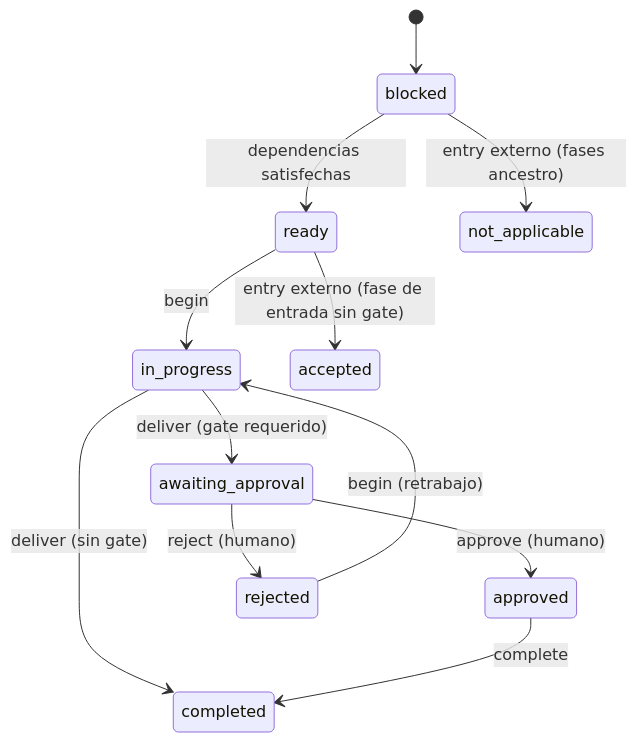
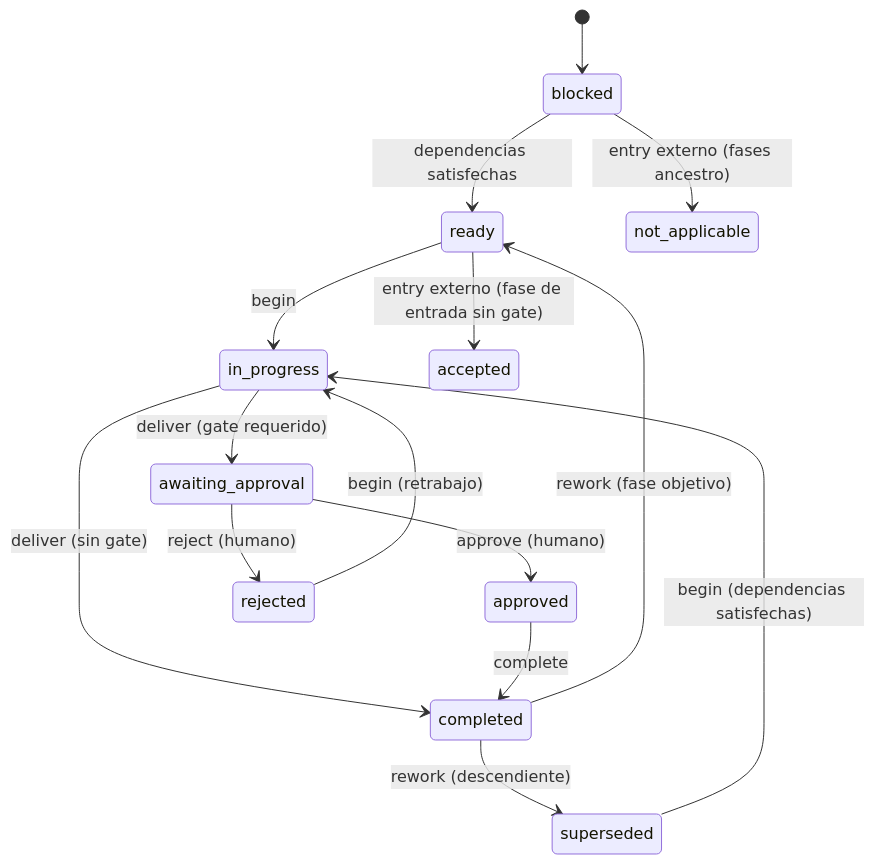
Before and after one commit to matiasezequieldimuro/sdd-framework: the third of 3 diagrams in .sdd/context/architecture/data-and-process-flow.md, drawn with Mermaid. The commit also changed other lines of this file and 14 other files, not shown here.

````diff
--- a/.sdd/context/architecture/data-and-process-flow.md
+++ b/.sdd/context/architecture/data-and-process-flow.md
@@ -142,14 +175,17 @@
 ```mermaid
 stateDiagram-v2
     [*] --> blocked
     blocked --> ready: dependencias satisfechas
     ready --> in_progress: begin
     in_progress --> awaiting_approval: deliver (gate requerido)
     in_progress --> completed: deliver (sin gate)
     awaiting_approval --> approved: approve (humano)
     awaiting_approval --> rejected: reject (humano)
     rejected --> in_progress: begin (retrabajo)
     approved --> completed: complete
     blocked --> not_applicable: entry externo (fases ancestro)
     ready --> accepted: entry externo (fase de entrada sin gate)
+    completed --> ready: rework (fase objetivo)
+    completed --> superseded: rework (descendiente)
+    superseded --> in_progress: begin (dependencias satisfechas)
 ```
````
